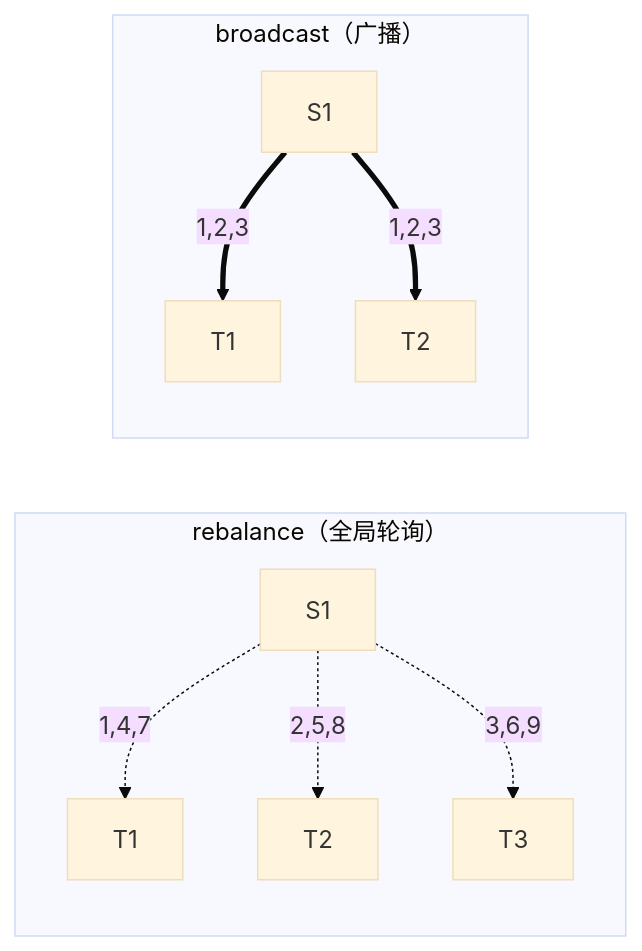
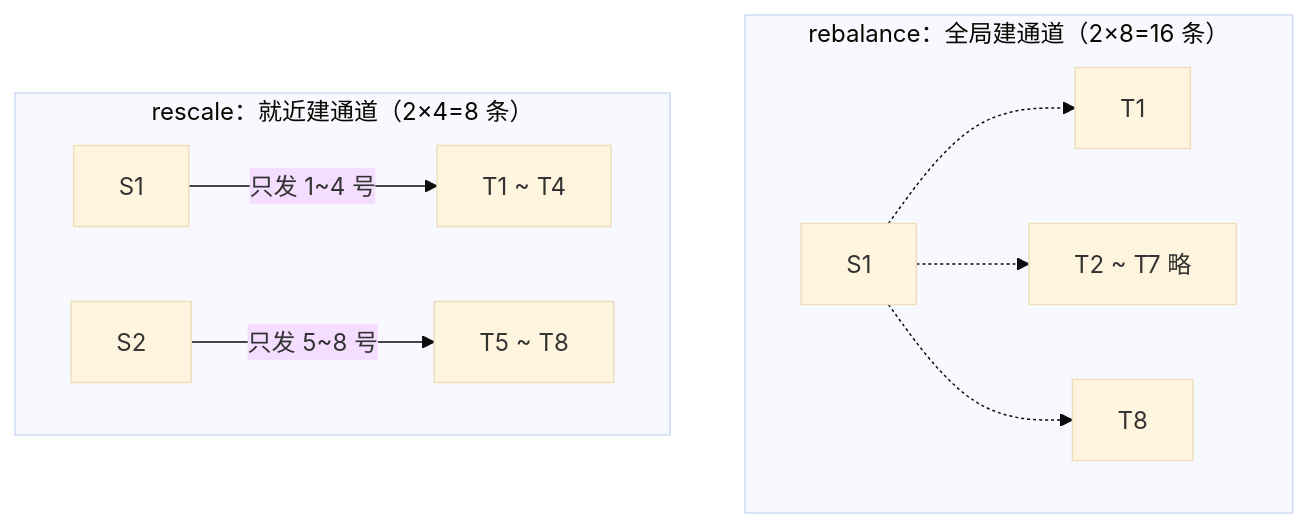
Before and after one commit to slowleelab/flink-in-action-course: the fifth of 8 diagrams in docs/ch03.md, drawn with Mermaid (base theme). The commit also changed other lines of this file and 1 other file, not shown here.

````diff
--- a/docs/ch03.md
+++ b/docs/ch03.md
@@ -138,12 +222,12 @@
 ```mermaid
-flowchart LR
-    subgraph "rebalance（全局轮询）"
-        R1[S1] -.->|1,4,7| T1[T1]
-        R1 -.->|2,5,8| T2[T2]
-        R1 -.->|3,6,9| T3[T3]
+flowchart TB
+    subgraph "rebalance：全局建通道（2×8=16 条）"
+        R1["S1"] -.-> RT1["T1"]
+        R1 -.-> RT2["T2 ~ T7 略"]
+        R1 -.-> RT8["T8"]
     end
-    subgraph "broadcast（广播）"
-        B1[S1] ==1,2,3==> T4[T1]
-        B1 ==1,2,3==> T5[T2]
+    subgraph "rescale：就近建通道（2×4=8 条）"
+        S1["S1"] -->|"只发 1~4 号"| LT1["T1 ~ T4"]
+        S2["S2"] -->|"只发 5~8 号"| LT2["T5 ~ T8"]
     end
 ```
````
